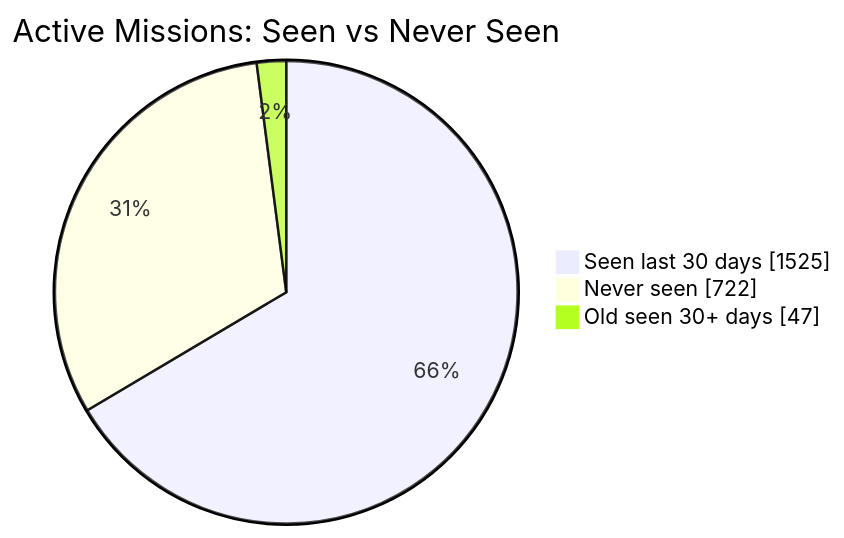
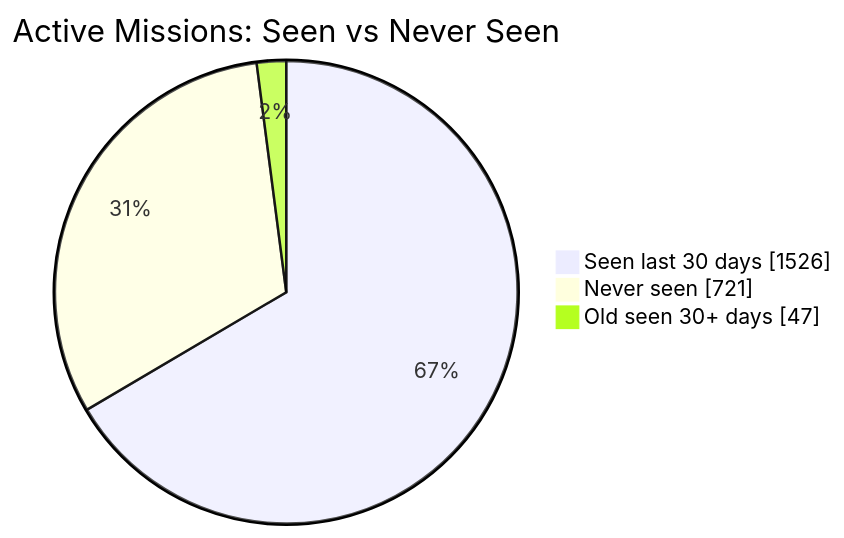
One commit to MeldkamerspelGameTeam/active-missions changed the first of 2 diagrams in README.md. Above: the diagram before and after it, drawn with Mermaid. The commit also changed other lines of this file and 2 other files, not shown here.

````diff
--- a/README.md
+++ b/README.md
@@ -34,7 +34,7 @@
 ```mermaid
 pie showData
     title Active Missions: Seen vs Never Seen
-    "Seen last 30 days" : 1525
-    "Never seen" : 722
+    "Seen last 30 days" : 1526
+    "Never seen" : 721
     "Old seen 30+ days" : 47
 ```
````
